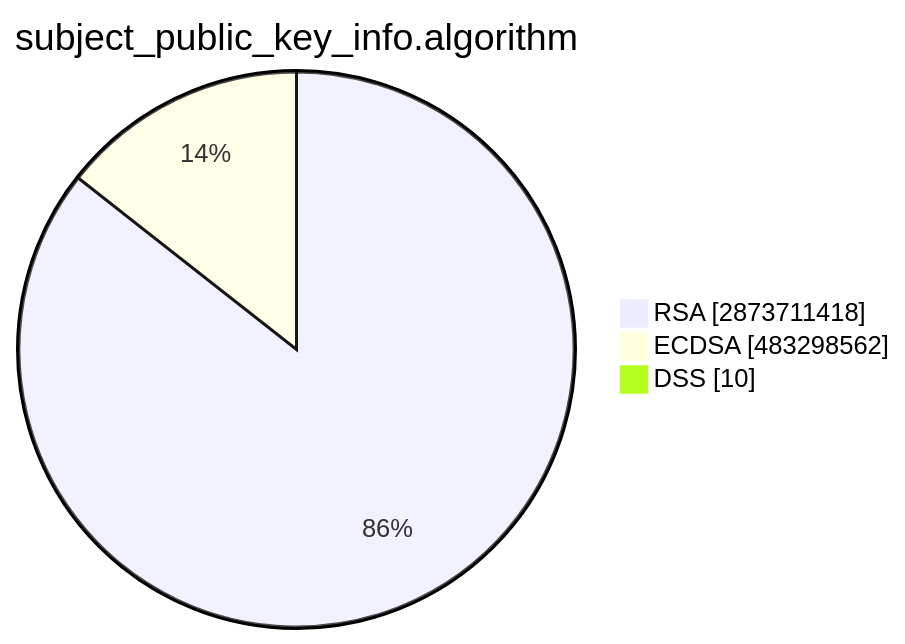
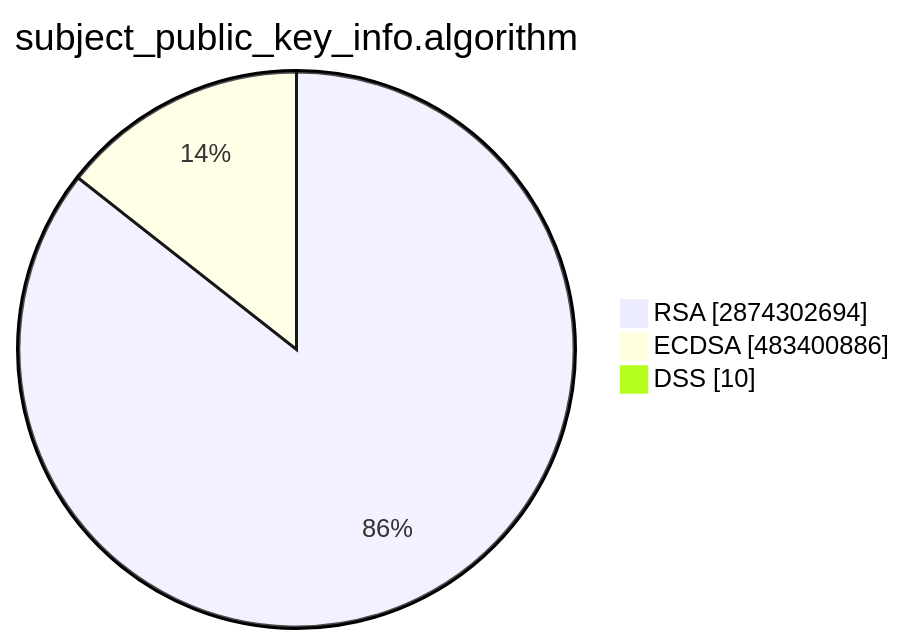
One commit to christiankrug/ctmonitor_visualization changed the second of 15 diagrams in TOTAL/README.md. Above: the diagram before and after it, drawn with Mermaid. The commit also changed other lines of this file, not shown here.

````diff
--- a/TOTAL/README.md
+++ b/TOTAL/README.md
@@ -6,7 +6,7 @@
 ```mermaid
 pie showData
 title subject_public_key_info.algorithm
-"RSA" :2873711418
-"ECDSA" :483298562
+"RSA" :2874302694
+"ECDSA" :483400886
 "DSS" :10
 ```
````
